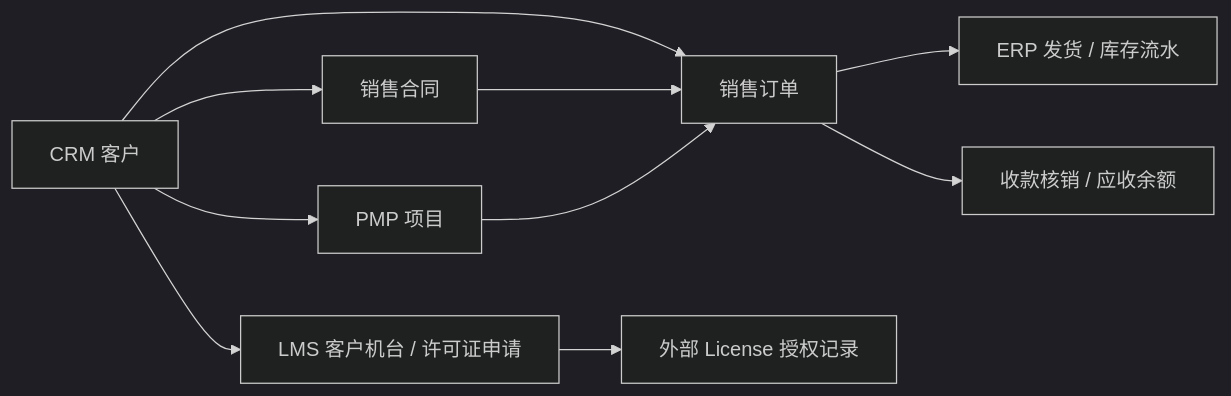
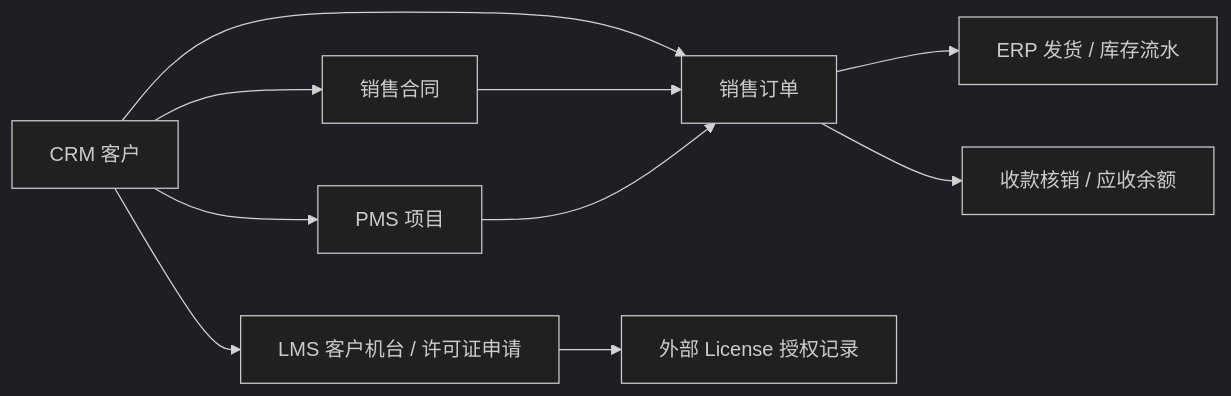
The diagram in README.md (gxrsprite/VelrixWorkHub), drawn with Mermaid (dark theme) before and after one commit. The commit also changed other lines of this file and 320 other files, not shown here.

````diff
--- a/README.md
+++ b/README.md
@@ -34,12 +34,12 @@
 ```mermaid
 flowchart LR
     C["CRM 客户"] --> CT["销售合同"]
     C --> SO["销售订单"]
-    C --> P["PMP 项目"]
+    C --> P["PMS 项目"]
     C --> LM["LMS 客户机台 / 许可证申请"]
     CT --> SO
     P --> SO
     SO --> INV["ERP 发货 / 库存流水"]
     SO --> SET["收款核销 / 应收余额"]
     LM --> LA["外部 License 授权记录"]
 ```
````
